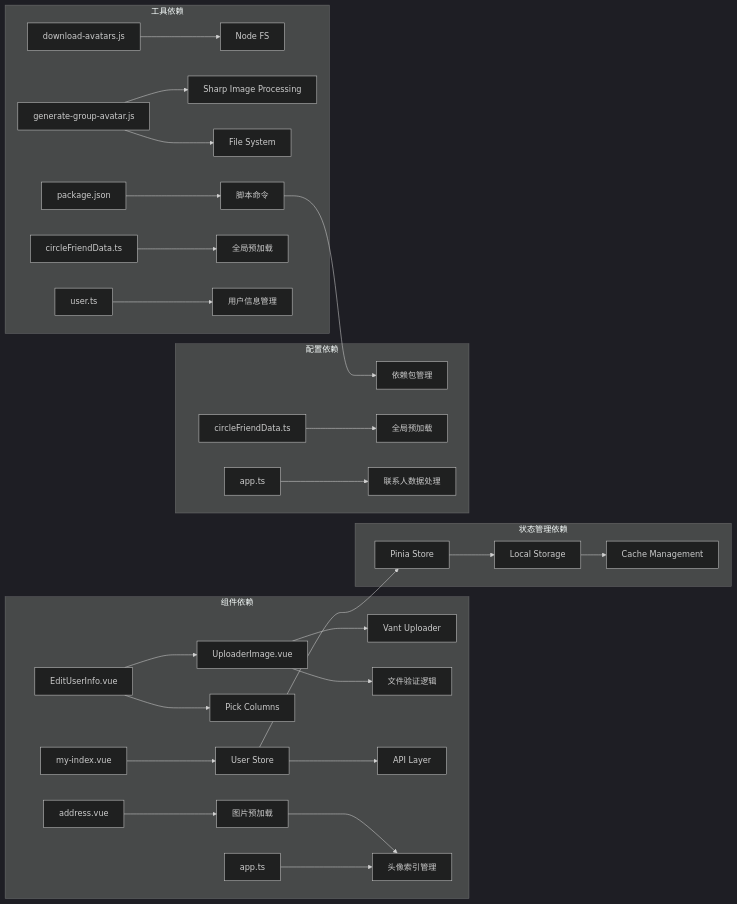
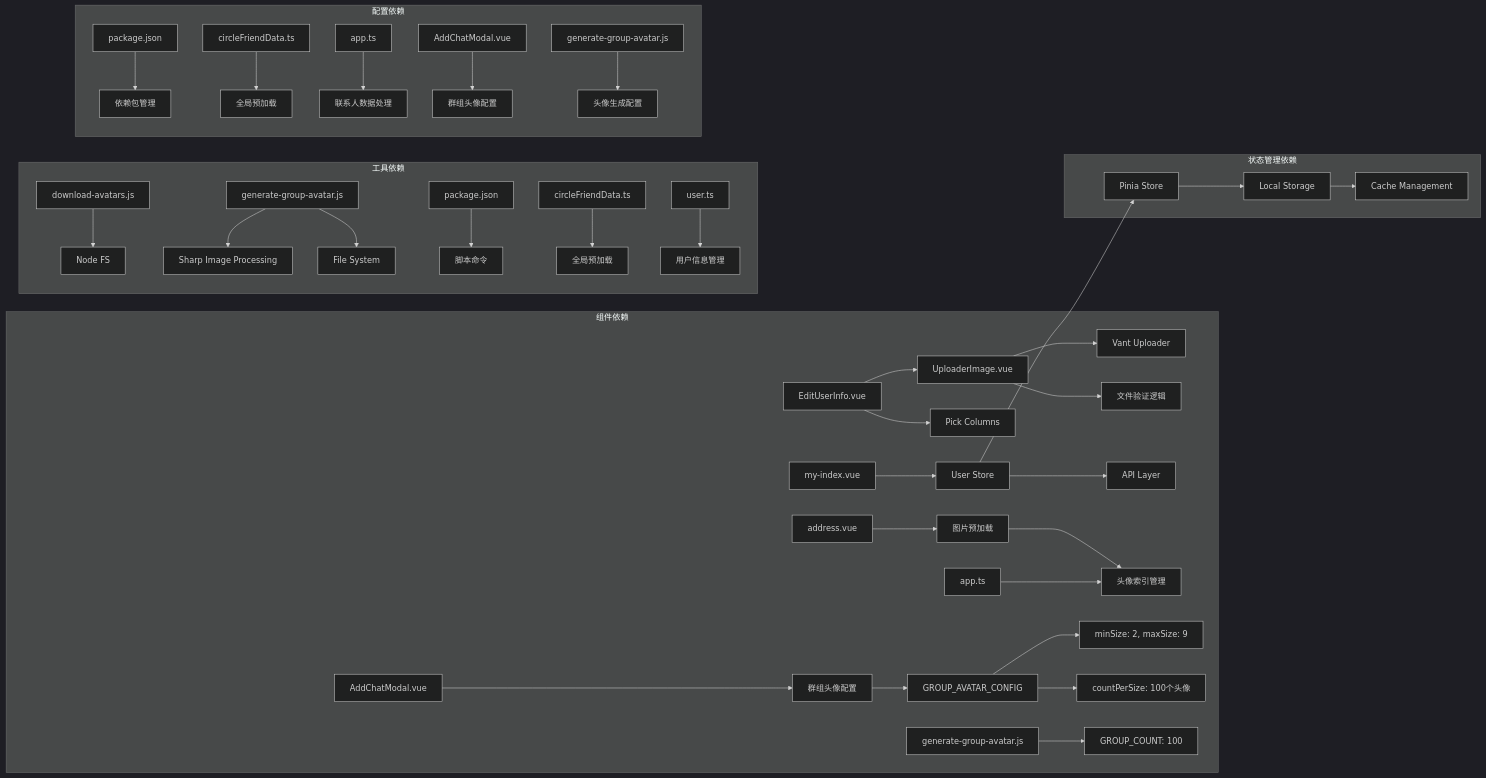
Before and after one commit to giserman001/vue3-vant4-mobile: diagram 11 of 11 in .qoder/repowiki/zh/content/核心系统/头像管理系统.md, drawn with Mermaid (dark theme). The commit also changed other lines of this file and 4 other files, not shown here.

````diff
--- a/.qoder/repowiki/zh/content/核心系统/头像管理系统.md
+++ b/.qoder/repowiki/zh/content/核心系统/头像管理系统.md
@@ -371,32 +449,39 @@
 ```mermaid
 graph LR
 subgraph "组件依赖"
 A[UploaderImage.vue] --> B[Vant Uploader]
 A --> C[文件验证逻辑]
 D[EditUserInfo.vue] --> A
 D --> E[Pick Columns]
 F[my-index.vue] --> G[User Store]
 G --> H[API Layer]
 I[address.vue] --> J[图片预加载]
 J --> K[头像索引管理]
 L[app.ts] --> K
+M[AddChatModal.vue] --> N[群组头像配置]
+N --> O[GROUP_AVATAR_CONFIG]
+O --> P[minSize: 2, maxSize: 9]
+O --> Q[countPerSize: 100个头像]
+R[generate-group-avatar.js] --> S[GROUP_COUNT: 100]
 end
 subgraph "状态管理依赖"
-G --> M[Pinia Store]
-M --> N[Local Storage]
-N --> O[Cache Management]
+G --> T[Pinia Store]
+T --> U[Local Storage]
+U --> V[Cache Management]
 end
 subgraph "工具依赖"
-P[download-avatars.js] --> Q[Node FS]
-R[generate-group-avatar.js] --> S[Sharp Image Processing]
-R --> T[File System]
-U[package.json] --> V[脚本命令]
-W[circleFriendData.ts] --> X[全局预加载]
-Y[user.ts] --> Z[用户信息管理]
+W[download-avatars.js] --> X[Node FS]
+Y[generate-group-avatar.js] --> Z[Sharp Image Processing]
+Y --> AA[File System]
+AB[package.json] --> AC[脚本命令]
+AD[circleFriendData.ts] --> AE[全局预加载]
+AF[user.ts] --> AG[用户信息管理]
 end
 subgraph "配置依赖"
-V --> AA[依赖包管理]
-AB[circleFriendData.ts] --> AC[全局预加载]
-AD[app.ts] --> AE[联系人数据处理]
+AH[package.json] --> AI[依赖包管理]
+AJ[circleFriendData.ts] --> AK[全局预加载]
+AL[app.ts] --> AM[联系人数据处理]
+AN[AddChatModal.vue] --> AO[群组头像配置]
+AP[generate-group-avatar.js] --> AQ[头像生成配置]
 end
 ```
````
